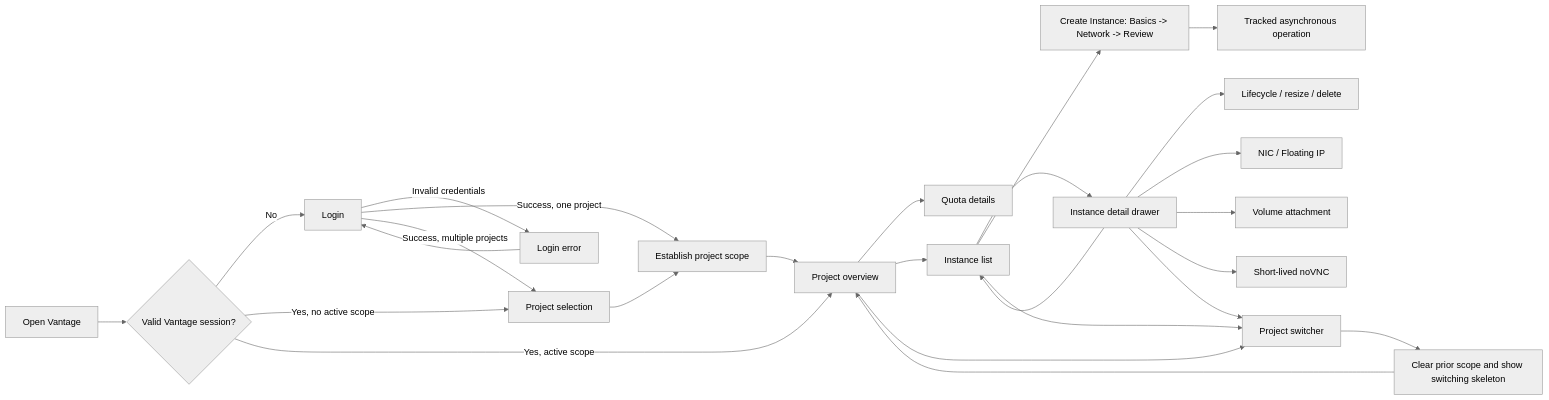
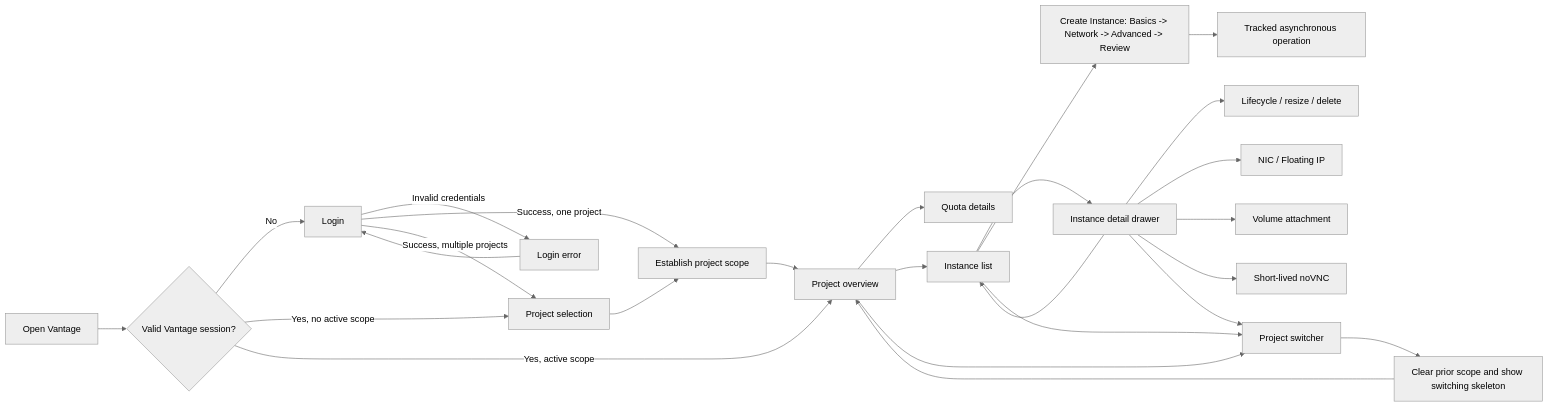
One commit to popododo0720/vantage changed the diagram in docs/GOAL1-FLOWS.md. Above: the diagram before and after it, drawn with Mermaid (neutral theme). The commit also changed other lines of this file and 10 other files, not shown here.

````diff
--- a/docs/GOAL1-FLOWS.md
+++ b/docs/GOAL1-FLOWS.md
@@ -14,28 +14,28 @@
 ```mermaid
 flowchart LR
     Start["Open Vantage"] --> Session{"Valid Vantage session?"}
     Session -- No --> Login["Login"]
     Login -- Invalid credentials --> LoginError["Login error"]
     Login -- Success, one project --> Scope["Establish project scope"]
     Login -- Success, multiple projects --> Select["Project selection"]
     Select --> Scope
     Session -- Yes, no active scope --> Select
     Session -- Yes, active scope --> Overview["Project overview"]
     Scope --> Overview
     Overview --> Quotas["Quota details"]
     Overview --> Instances["Instance list"]
     Instances --> Detail["Instance detail drawer"]
-    Instances --> Create["Create Instance: Basics -> Network -> Review"]
+    Instances --> Create["Create Instance: Basics -> Network -> Advanced -> Review"]
     Create --> Operation["Tracked asynchronous operation"]
     Detail --> Actions["Lifecycle / resize / delete"]
     Detail --> Network["NIC / Floating IP"]
     Detail --> Storage["Volume attachment"]
     Detail --> Console["Short-lived noVNC"]
     Overview --> Switcher["Project switcher"]
     Instances --> Switcher
     Detail --> Switcher
     Switcher --> Switching["Clear prior scope and show switching skeleton"]
     Switching --> Overview
     LoginError --> Login
     Detail --> Instances
 ```
````
